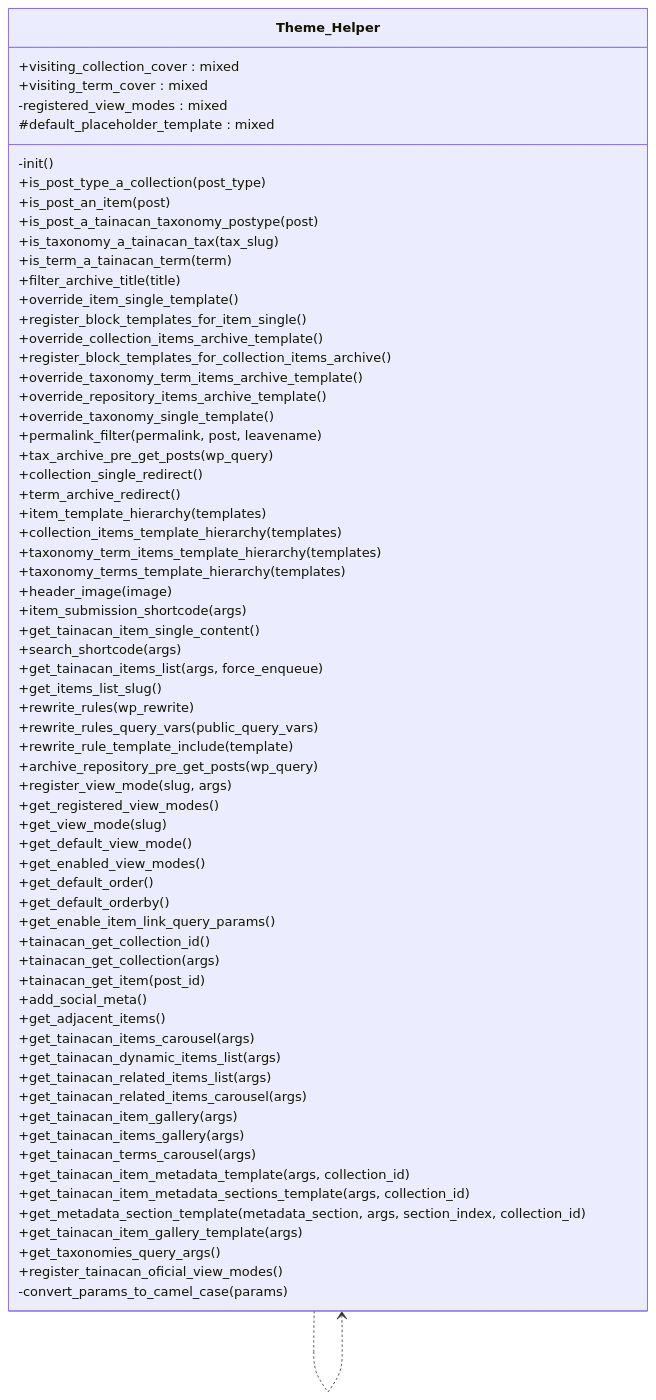
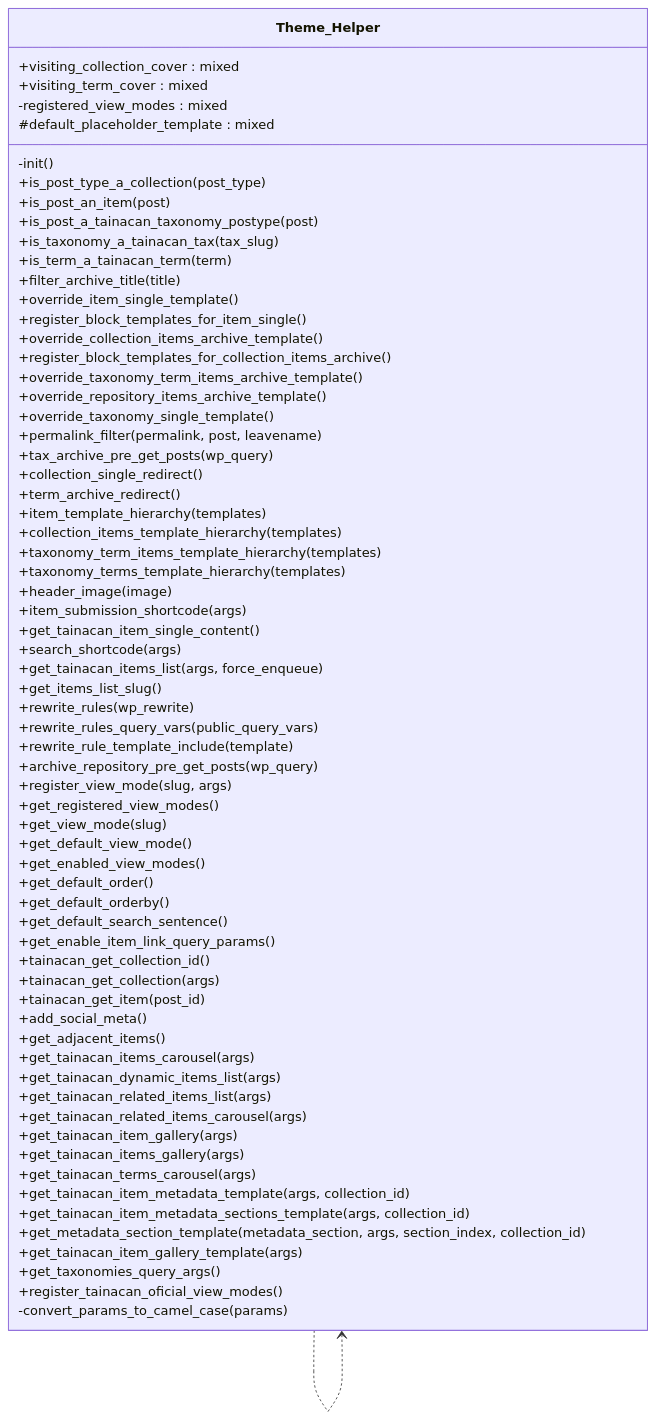
The diagram in docs/phpdoc/classes/Tainacan/Theme_Helper.md (tainacan/tainacan), drawn with Mermaid before and after one commit. The commit also changed other lines of this file and 97 other files, not shown here.

````diff
--- a/docs/phpdoc/classes/Tainacan/Theme_Helper.md
+++ b/docs/phpdoc/classes/Tainacan/Theme_Helper.md
@@ -14,70 +14,71 @@
 ```mermaid
 classDiagram
     direction TB
     class Theme_Helper {
         +visiting_collection_cover : mixed
         +visiting_term_cover : mixed
         -registered_view_modes : mixed
         #default_placeholder_template : mixed
         -init()
         +is_post_type_a_collection(post_type)
         +is_post_an_item(post)
         +is_post_a_tainacan_taxonomy_postype(post)
         +is_taxonomy_a_tainacan_tax(tax_slug)
         +is_term_a_tainacan_term(term)
         +filter_archive_title(title)
         +override_item_single_template()
         +register_block_templates_for_item_single()
         +override_collection_items_archive_template()
         +register_block_templates_for_collection_items_archive()
         +override_taxonomy_term_items_archive_template()
         +override_repository_items_archive_template()
         +override_taxonomy_single_template()
         +permalink_filter(permalink, post, leavename)
         +tax_archive_pre_get_posts(wp_query)
         +collection_single_redirect()
         +term_archive_redirect()
         +item_template_hierarchy(templates)
         +collection_items_template_hierarchy(templates)
         +taxonomy_term_items_template_hierarchy(templates)
         +taxonomy_terms_template_hierarchy(templates)
         +header_image(image)
         +item_submission_shortcode(args)
         +get_tainacan_item_single_content()
         +search_shortcode(args)
         +get_tainacan_items_list(args, force_enqueue)
         +get_items_list_slug()
         +rewrite_rules(wp_rewrite)
         +rewrite_rules_query_vars(public_query_vars)
         +rewrite_rule_template_include(template)
         +archive_repository_pre_get_posts(wp_query)
         +register_view_mode(slug, args)
         +get_registered_view_modes()
         +get_view_mode(slug)
         +get_default_view_mode()
         +get_enabled_view_modes()
         +get_default_order()
         +get_default_orderby()
+        +get_default_search_sentence()
         +get_enable_item_link_query_params()
         +tainacan_get_collection_id()
         +tainacan_get_collection(args)
         +tainacan_get_item(post_id)
         +add_social_meta()
         +get_adjacent_items()
         +get_tainacan_items_carousel(args)
         +get_tainacan_dynamic_items_list(args)
         +get_tainacan_related_items_list(args)
         +get_tainacan_related_items_carousel(args)
         +get_tainacan_item_gallery(args)
         +get_tainacan_items_gallery(args)
         +get_tainacan_terms_carousel(args)
         +get_tainacan_item_metadata_template(args, collection_id)
         +get_tainacan_item_metadata_sections_template(args, collection_id)
         +get_metadata_section_template(metadata_section, args, section_index, collection_id)
         +get_tainacan_item_gallery_template(args)
         +get_taxonomies_query_args()
         +register_tainacan_oficial_view_modes()
         -convert_params_to_camel_case(params)
     }
     Theme_Helper ..> Theme_Helper
 ```
````
